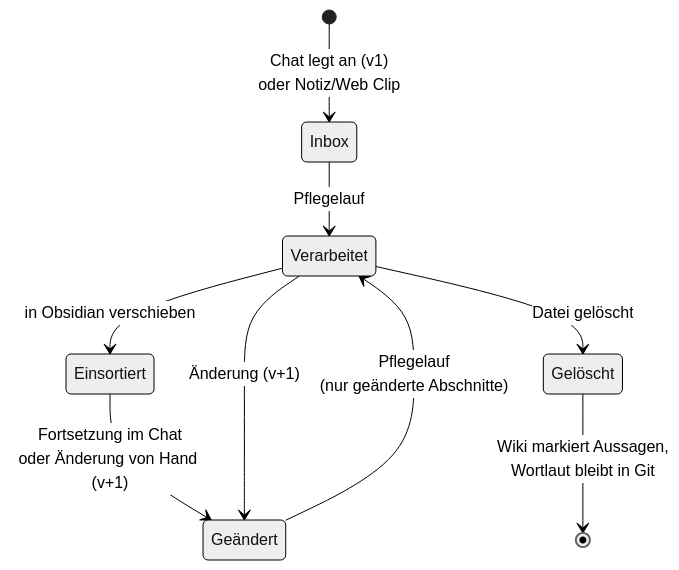
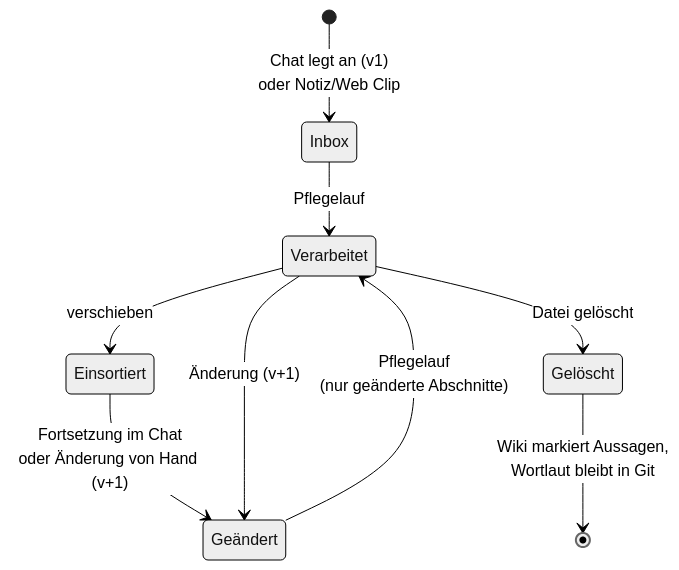
Before and after one commit to achim0x/pkm-llm-wiki: the eighth of 8 diagrams in README.md, drawn with Mermaid (neutral theme). The commit also changed other lines of this file and 5 other files, not shown here.

````diff
--- a/README.md
+++ b/README.md
@@ -436,13 +1040,13 @@
 ```mermaid
 stateDiagram-v2
     [*] --> Inbox: Chat legt an (v1)<br/>oder Notiz/Web Clip
     Inbox --> Verarbeitet: Pflegelauf
-    Verarbeitet --> Einsortiert: in Obsidian verschieben
+    Verarbeitet --> Einsortiert: verschieben
     Einsortiert --> Geaendert: Fortsetzung im Chat<br/>oder Änderung von Hand (v+1)
     Verarbeitet --> Geaendert: Änderung (v+1)
     Geaendert --> Verarbeitet: Pflegelauf<br/>(nur geänderte Abschnitte)
     Verarbeitet --> Geloescht: Datei gelöscht
     Geloescht --> [*]: Wiki markiert Aussagen,<br/>Wortlaut bleibt in Git
     state "Geändert" as Geaendert
     state "Gelöscht" as Geloescht
 ```
````
